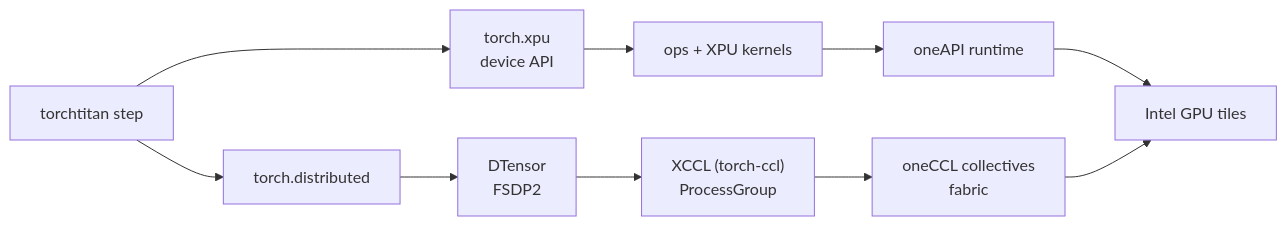
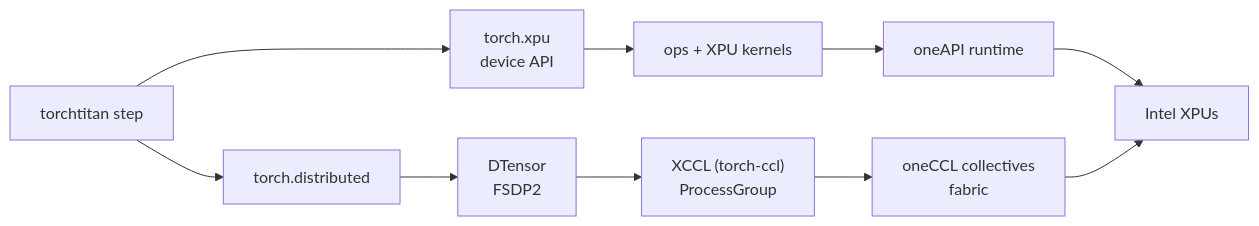
The second of 7 diagrams in web/src/pages/talks/2026/10/21/index.mdx (saforem2/samf.sh), drawn with Mermaid before and after one commit. The commit also changed other lines of this file, not shown here.

````diff
--- a/web/src/pages/talks/2026/10/21/index.mdx
+++ b/web/src/pages/talks/2026/10/21/index.mdx
@@ -185,13 +186,13 @@
 ```mermaid
 %%{init: {'themeCSS': '.nodeLabel{font-size:1.05rem!important} .edgeLabel{font-size:0.85rem!important}'}}%%
 flowchart LR
     TRAIN["torchtitan step"] --> DEVICE["torch.xpu<br/>device API"]
     DEVICE --> KERNELS["ops + XPU kernels"]
     KERNELS --> RUNTIME["oneAPI runtime"]
-    RUNTIME --> GPU["Intel GPU tiles"]
+    RUNTIME --> GPU["Intel XPUs"]
     TRAIN --> DIST["torch.distributed"]
     DIST --> PARALLEL["DTensor<br/>FSDP2"]
     PARALLEL --> XCCL["XCCL (torch-ccl)<br/>ProcessGroup"]
     XCCL --> COLLECTIVE["oneCCL collectives<br/>fabric"]
     COLLECTIVE --> GPU
 ```
````
